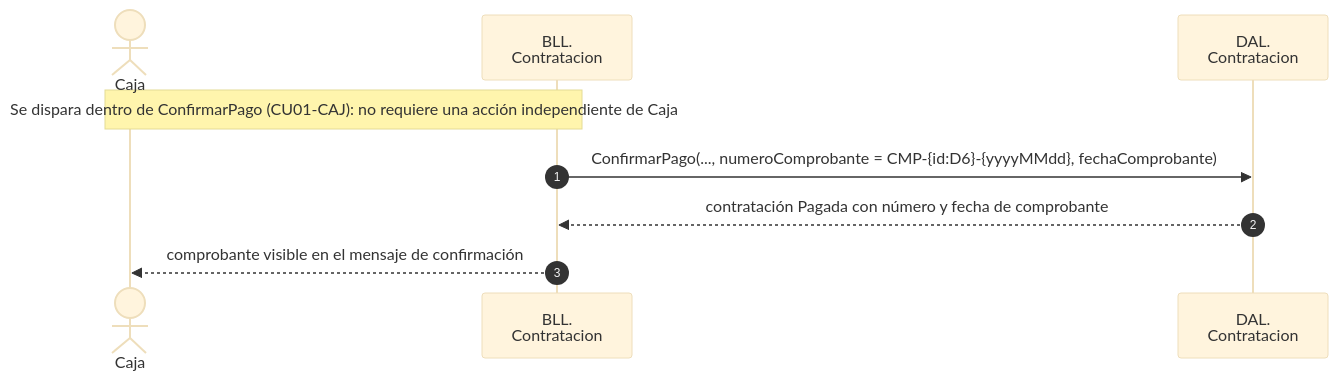
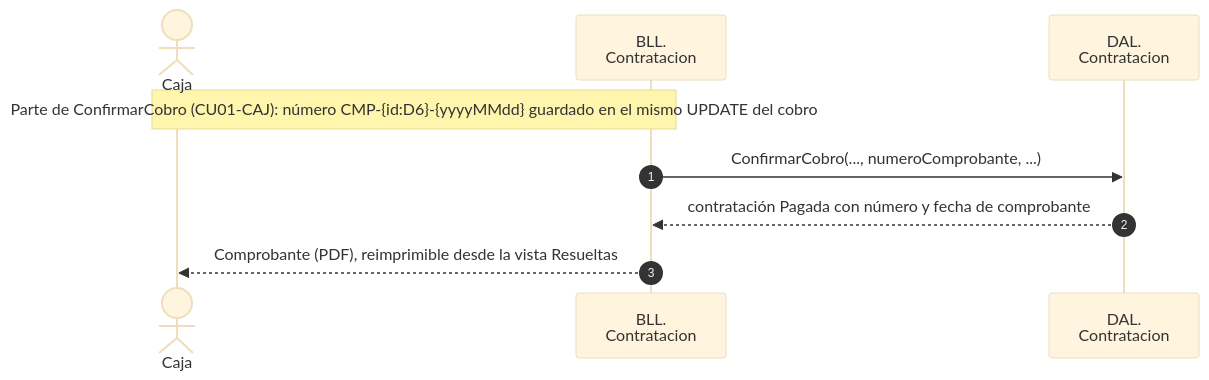
Before and after one commit to valentinamorana/Trabajo-de-Diploma: the diagram in docs/diagramas/mermaid/DSS_PN02_CU02_CAJ_EmitirComprobante.mmd, drawn with Mermaid (base theme). The commit also changed 89 other files, not shown here.

```diff
--- a/docs/diagramas/mermaid/DSS_PN02_CU02_CAJ_EmitirComprobante.mmd
+++ b/docs/diagramas/mermaid/DSS_PN02_CU02_CAJ_EmitirComprobante.mmd
@@ -1,9 +1,9 @@
 sequenceDiagram
   autonumber
   actor C as Caja
   participant B as BLL.<br/>Contratacion
   participant D as DAL.<br/>Contratacion
-  Note over C,B: Se dispara dentro de ConfirmarPago (CU01-CAJ): no requiere una acción independiente de Caja
-  B->>D: ConfirmarPago(..., numeroComprobante = CMP-{id:D6}-{yyyyMMdd}, fechaComprobante)
+  Note over C,B: Parte de ConfirmarCobro (CU01-CAJ): número CMP-{id:D6}-{yyyyMMdd} guardado en el mismo UPDATE del cobro
+  B->>D: ConfirmarCobro(..., numeroComprobante, ...)
   D-->>B: contratación Pagada con número y fecha de comprobante
-  B-->>C: comprobante visible en el mensaje de confirmación
+  B-->>C: Comprobante (PDF), reimprimible desde la vista Resueltas
```
